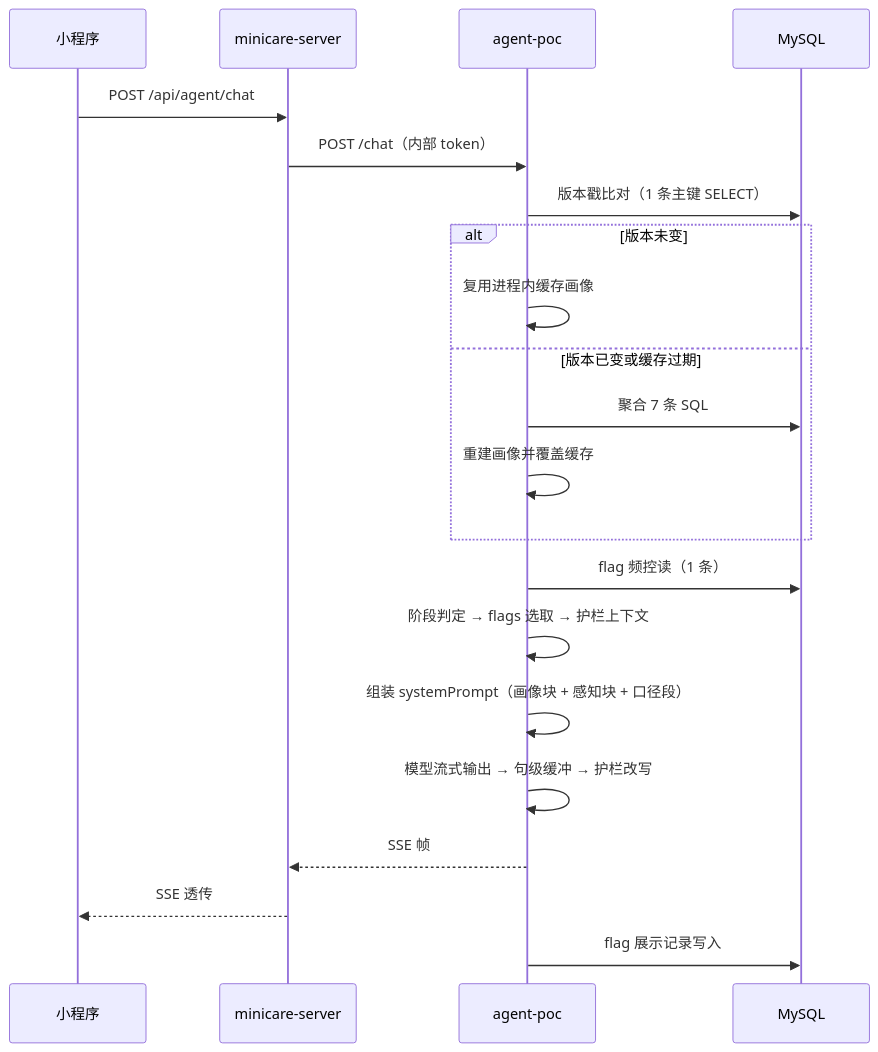
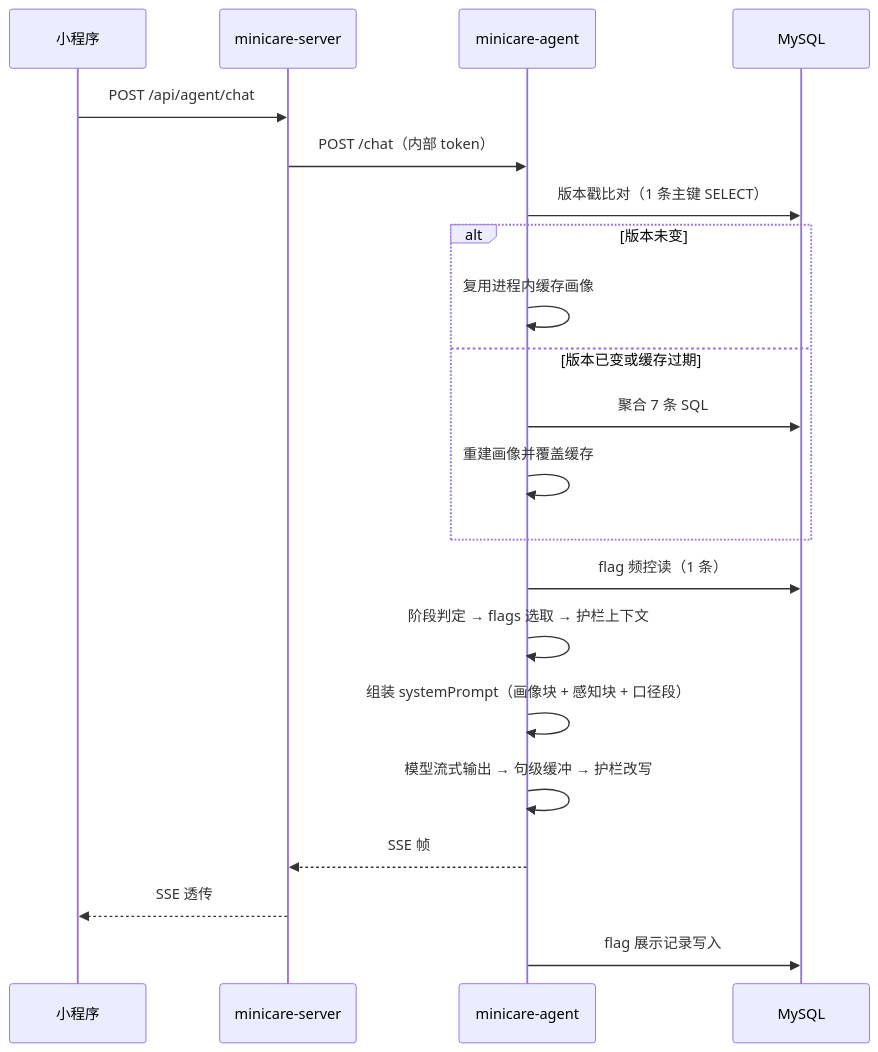
The second of 4 diagrams in docs/tech/TECH-013-state-awareness-implementation.md (BingBlog/minicare), drawn with Mermaid before and after one commit. The commit also changed other lines of this file and 187 other files, not shown here.

First line of the commit message:
chore(agent): agent-poc 更名为 minicare-agent（目录改名 + 全仓引用同步）

````diff
--- a/docs/tech/TECH-013-state-awareness-implementation.md
+++ b/docs/tech/TECH-013-state-awareness-implementation.md
@@ -157,23 +157,23 @@
 ```mermaid
 sequenceDiagram
   participant MP as 小程序
   participant SRV as minicare-server
-  participant AG as agent-poc
+  participant AG as minicare-agent
   participant DB as MySQL
   MP->>SRV: POST /api/agent/chat
   SRV->>AG: POST /chat（内部 token）
   AG->>DB: 版本戳比对（1 条主键 SELECT）
   alt 版本未变
     AG->>AG: 复用进程内缓存画像
   else 版本已变或缓存过期
     AG->>DB: 聚合 7 条 SQL
     AG->>AG: 重建画像并覆盖缓存
   end
   AG->>DB: flag 频控读（1 条）
   AG->>AG: 阶段判定 → flags 选取 → 护栏上下文
   AG->>AG: 组装 systemPrompt（画像块 + 感知块 + 口径段）
   AG->>AG: 模型流式输出 → 句级缓冲 → 护栏改写
   AG-->>SRV: SSE 帧
   SRV-->>MP: SSE 透传
   AG->>DB: flag 展示记录写入
 ```
````
